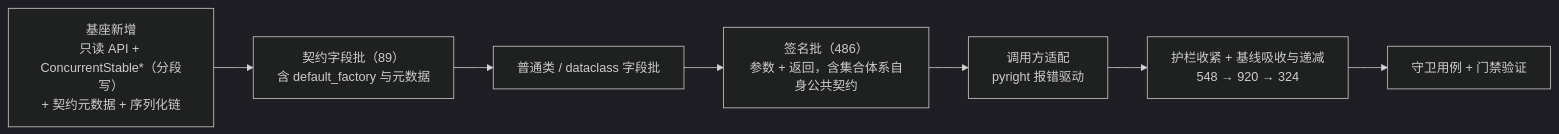
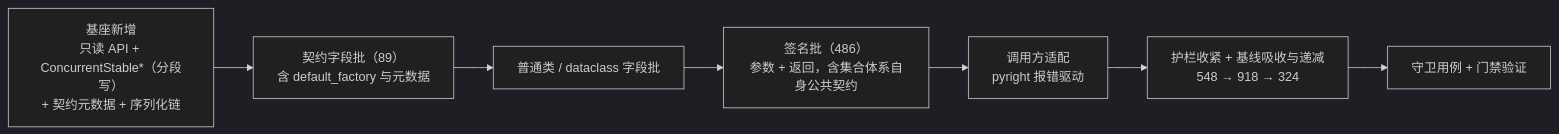
Before and after one commit to minjian123/basic-management-system: the diagram in bms文档/项目/06_认证与安全/任务/08_裸无序集合治理/08_裸无序集合治理_02_bms_core存量整改/设计/01_详细设计_02_bms_core存量整改.md, drawn with Mermaid (dark theme). The commit also changed other lines of this file and 10 other files, not shown here.

````diff
--- a/bms文档/项目/06_认证与安全/任务/08_裸无序集合治理/08_裸无序集合治理_02_bms_core存量整改/设计/01_详细设计_02_bms_core存量整改.md
+++ b/bms文档/项目/06_认证与安全/任务/08_裸无序集合治理/08_裸无序集合治理_02_bms_core存量整改/设计/01_详细设计_02_bms_core存量整改.md
@@ -220,9 +220,9 @@
 ```mermaid
 flowchart LR
     A["基座新增<br/>只读 API + ConcurrentStable*（分段写）<br/>+ 契约元数据 + 序列化链"] --> B["契约字段批（89）<br/>含 default_factory 与元数据"]
     B --> C["普通类 / dataclass 字段批"]
     C --> D["签名批（486）<br/>参数 + 返回，含集合体系自身公共契约"]
     D --> E["调用方适配<br/>pyright 报错驱动"]
-    E --> F["护栏收紧 + 基线吸收与递减<br/>548 → 920 → 324"]
+    E --> F["护栏收紧 + 基线吸收与递减<br/>548 → 918 → 324"]
     F --> G["守卫用例 + 门禁验证"]
 ```
````
